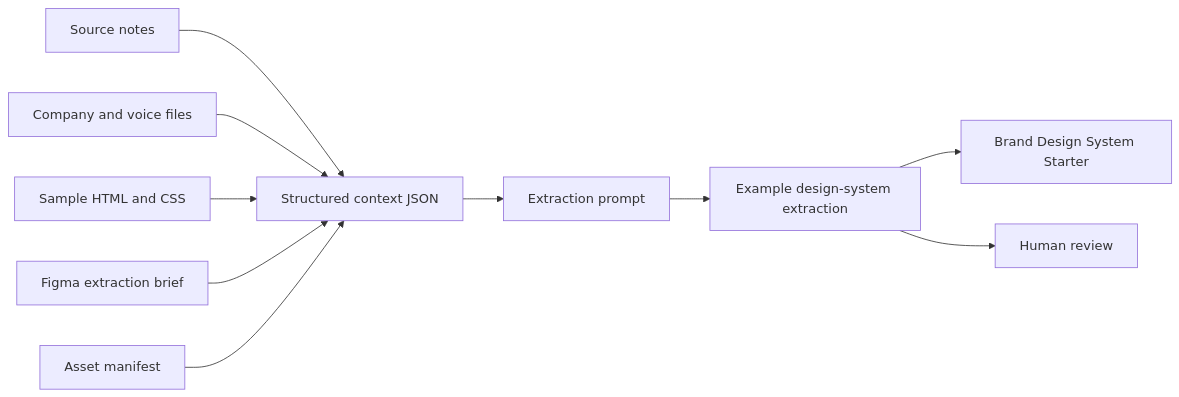
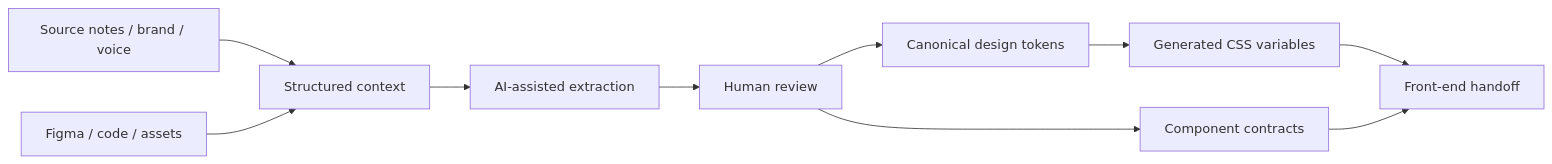
One commit to silvermanjared-web/brand-context-system changed the diagram in README.md. Above: the diagram before and after it, drawn with Mermaid. The commit also changed other lines of this file and 16 other files, not shown here.

First line of the commit message:
Combine AI context and design system (#12)

````diff
--- a/README.md
+++ b/README.md
@@ -29,12 +45,12 @@
 ```mermaid
 flowchart LR
-    SourceDocs[Source notes] --> Context[Structured context JSON]
-    Company[Company and voice files] --> Context
-    Code[Sample HTML and CSS] --> Context
-    Figma[Figma extraction brief] --> Context
-    Assets[Asset manifest] --> Context
-    Context --> Prompt[Extraction prompt]
-    Prompt --> Output[Example design-system extraction]
-    Output --> Starter[Brand Design System Starter]
-    Output --> Review[Human review]
+    S[Source notes / brand / voice] --> C[Structured context]
+    F[Figma / code / assets] --> C
+    C --> X[AI-assisted extraction]
+    X --> R[Human review]
+    R --> T[Canonical design tokens]
+    T --> CSS[Generated CSS variables]
+    R --> CMP[Component contracts]
+    CSS --> H[Front-end handoff]
+    CMP --> H
 ```
````
